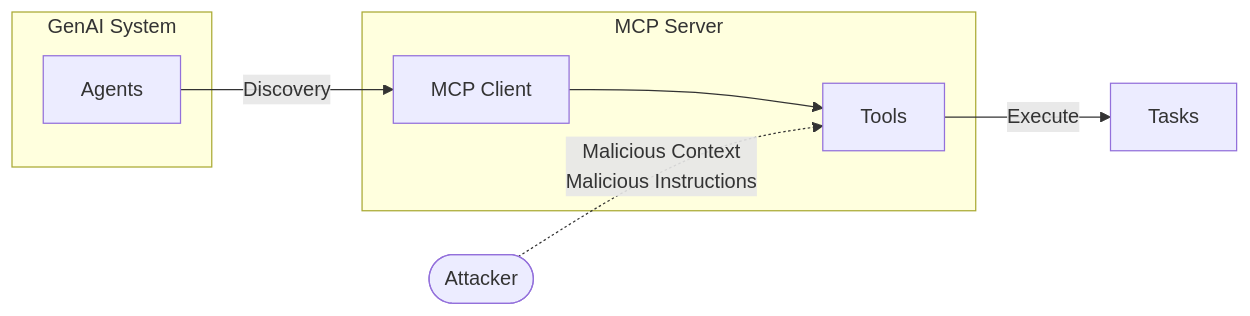
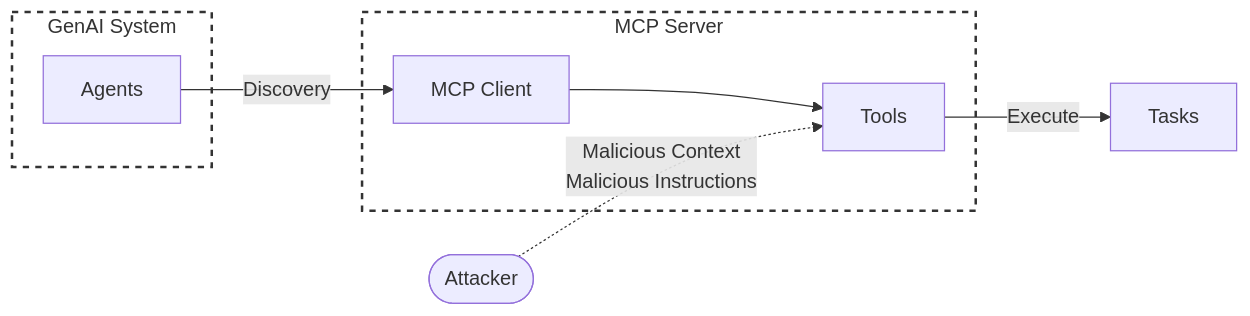
Before and after one commit to felipepenha/gurple: the ninth of 12 diagrams in docs/attack_entry_points/index.md, drawn with Mermaid. The commit also changed other lines of this file and 3 other files, not shown here.

````diff
--- a/docs/attack_entry_points/index.md
+++ b/docs/attack_entry_points/index.md
@@ -159,20 +161,24 @@
     ```mermaid
     graph LR
 
-        subgraph GenAI System
+        subgraph dashed_box_genai [GenAI System]
             Agents[Agents]
         end
 
-        subgraph MCP Server
+        subgraph dashed_box_mcp [MCP Server]
             Tools[Tools]
             Client[MCP Client]
         end
 
         Agents --> |Discovery| Client
         Client --> Tools
 
         Attacker([Attacker]) -.-> |Malicious Context<br /> Malicious Instructions| Tools
 
 
         Tools -->|Execute| Tasks[Tasks]
+        
+        style dashed_box_genai stroke-dasharray: 5 5, fill:none,stroke:#333,stroke-width:2px;
+
+        style dashed_box_mcp stroke-dasharray: 5 5, fill:none,stroke:#333,stroke-width:2px;
     ```
````
